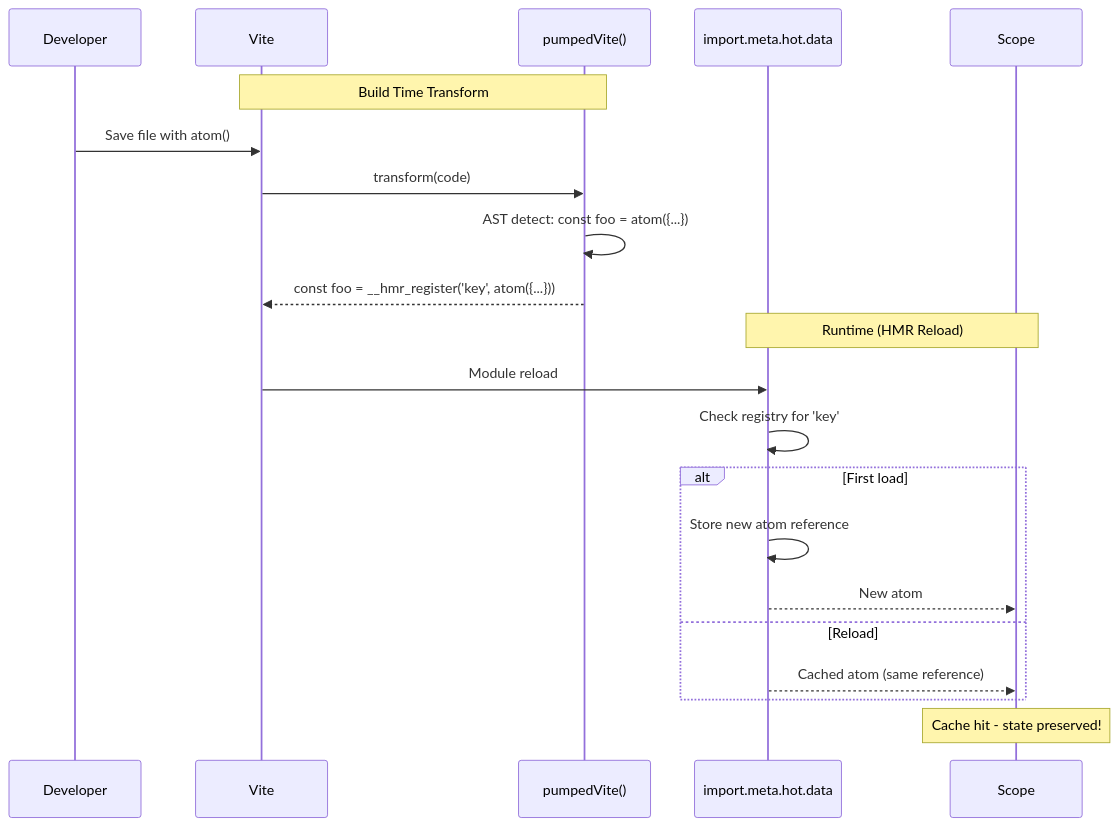
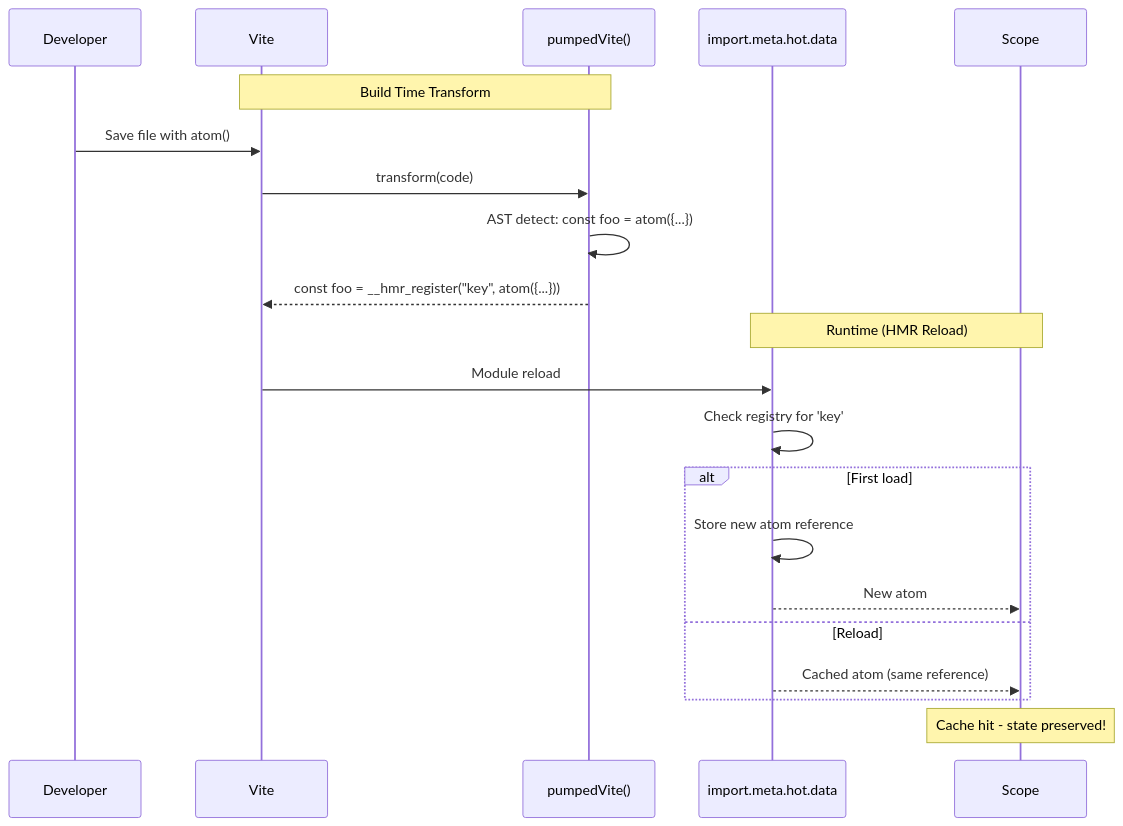
Before and after one commit to pumped-fn/pumped-fn: the diagram in pkg/ext/hmr/README.md, drawn with Mermaid. The commit also changed other lines of this file and 10 other files, not shown here.

````diff
--- a/pkg/ext/hmr/README.md
+++ b/pkg/ext/hmr/README.md
@@ -9,28 +9,28 @@
 ```mermaid
 sequenceDiagram
     participant Dev as Developer
     participant Vite
     participant Plugin as pumpedVite()
     participant HMR as import.meta.hot.data
     participant Scope
 
     Note over Vite,Plugin: Build Time Transform
 
     Dev->>Vite: Save file with atom()
     Vite->>Plugin: transform(code)
     Plugin->>Plugin: AST detect: const foo = atom({...})
-    Plugin-->>Vite: const foo = __hmr_register('key', atom({...}))
+    Plugin-->>Vite: const foo = __hmr_register("key", atom({...}))
 
     Note over HMR,Scope: Runtime (HMR Reload)
 
     Vite->>HMR: Module reload
     HMR->>HMR: Check registry for 'key'
     alt First load
         HMR->>HMR: Store new atom reference
         HMR-->>Scope: New atom
     else Reload
         HMR-->>Scope: Cached atom (same reference)
     end
 
     Note over Scope: Cache hit - state preserved!
 ```
````
